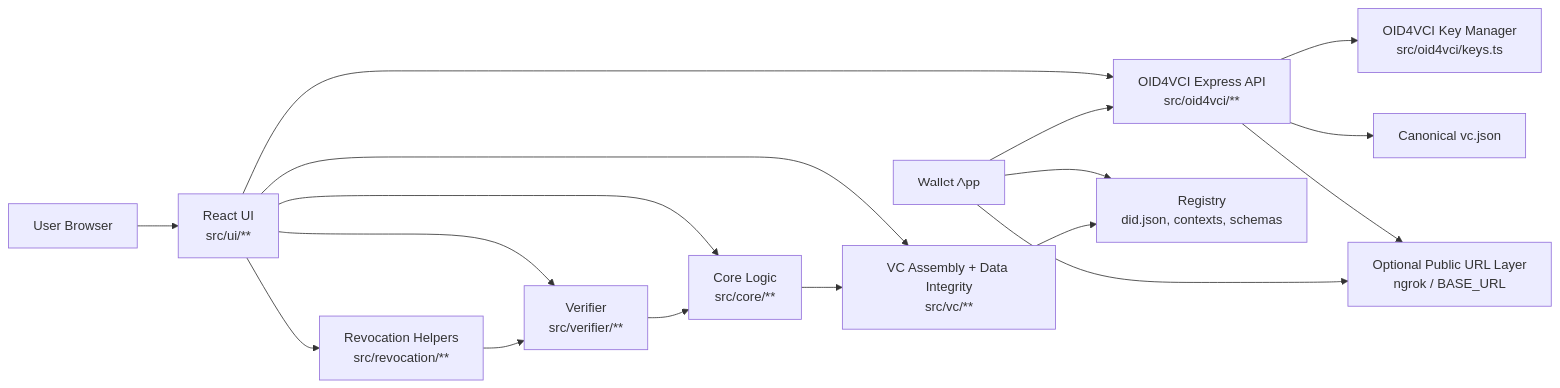
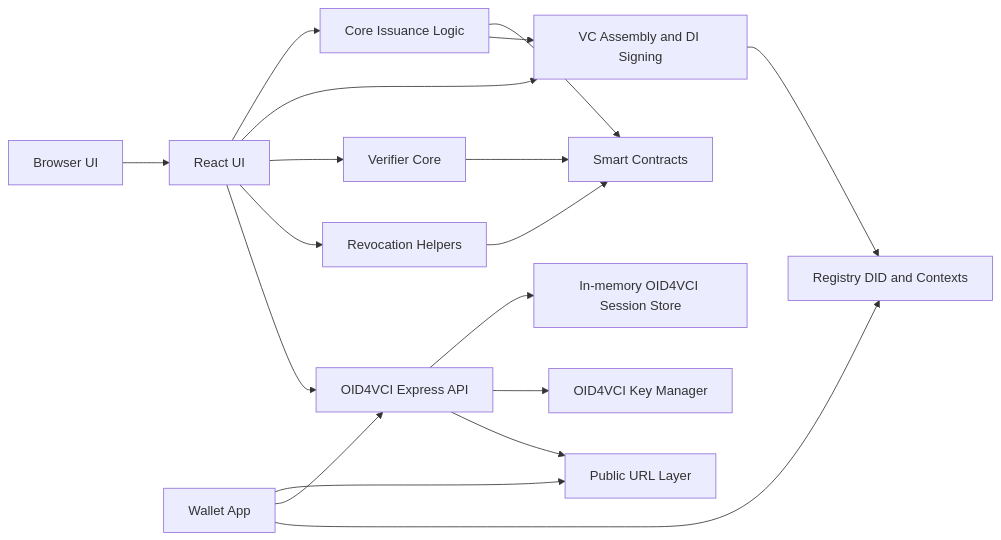
Before and after one commit to huypengin/IU-VC-Cert-University: the first of 4 diagrams in docs/issuer-architecture.md, drawn with Mermaid. The commit also changed other lines of this file and 18 other files, not shown here.

````diff
--- a/docs/issuer-architecture.md
+++ b/docs/issuer-architecture.md
@@ -20,30 +20,34 @@
 ```mermaid
 flowchart LR
-    User[User Browser]
-    UI[React UI<br/>src/ui/**]
-    Core[Core Logic<br/>src/core/**]
-    VC[VC Assembly + Data Integrity<br/>src/vc/**]
-    API[OID4VCI Express API<br/>src/oid4vci/**]
-    Keys[OID4VCI Key Manager<br/>src/oid4vci/keys.ts]
-    VCFile[Canonical vc.json]
-    Registry[Registry<br/>did.json, contexts, schemas]
-    Wallet[Wallet App]
-    Tunnel[Optional Public URL Layer<br/>ngrok / BASE_URL]
+    Browser["Browser UI"]
+    UI["React UI"]
+    Core["Core Issuance Logic"]
+    VC["VC Assembly and DI Signing"]
+    Verify["Verifier Core"]
+    Revoke["Revocation Helpers"]
+    API["OID4VCI Express API"]
+    Session["In-memory OID4VCI Session Store"]
+    Keys["OID4VCI Key Manager"]
+    Chain["Smart Contracts"]
+    Registry["Registry DID and Contexts"]
+    Wallet["Wallet App"]
+    Public["Public URL Layer"]
 
-    User --> UI
+    Browser --> UI
     UI --> Core
     UI --> VC
-    UI --> Verifier[Verifier<br/>src/verifier/**]
-    UI --> Revocation[Revocation Helpers<br/>src/revocation/**]
+    UI --> Verify
+    UI --> Revoke
     UI --> API
+    Core --> Chain
     Core --> VC
-    Verifier --> Core
-    Revocation --> Verifier
+    Verify --> Chain
+    Revoke --> Chain
+    API --> Session
     API --> Keys
-    API --> VCFile
-    API --> Tunnel
-    Wallet --> Tunnel
+    API --> Public
+    Wallet --> Public
     Wallet --> API
     Wallet --> Registry
     VC --> Registry
 ```
````
